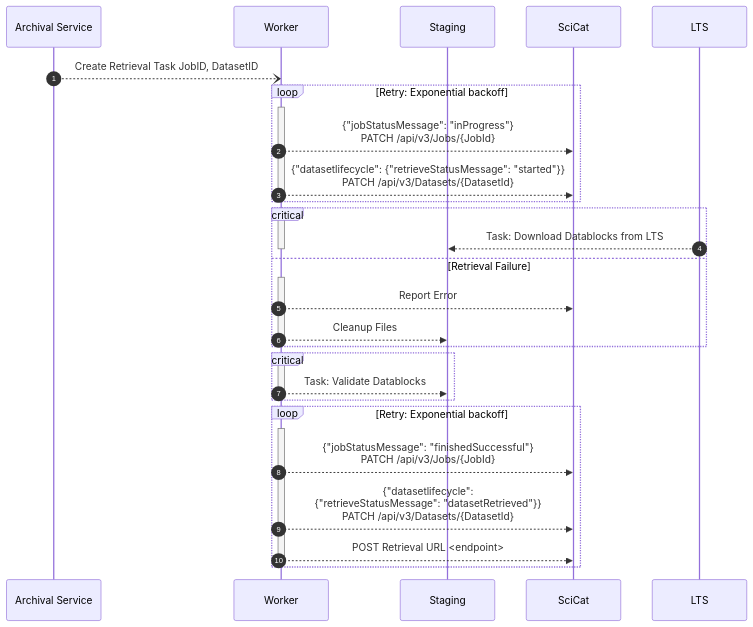
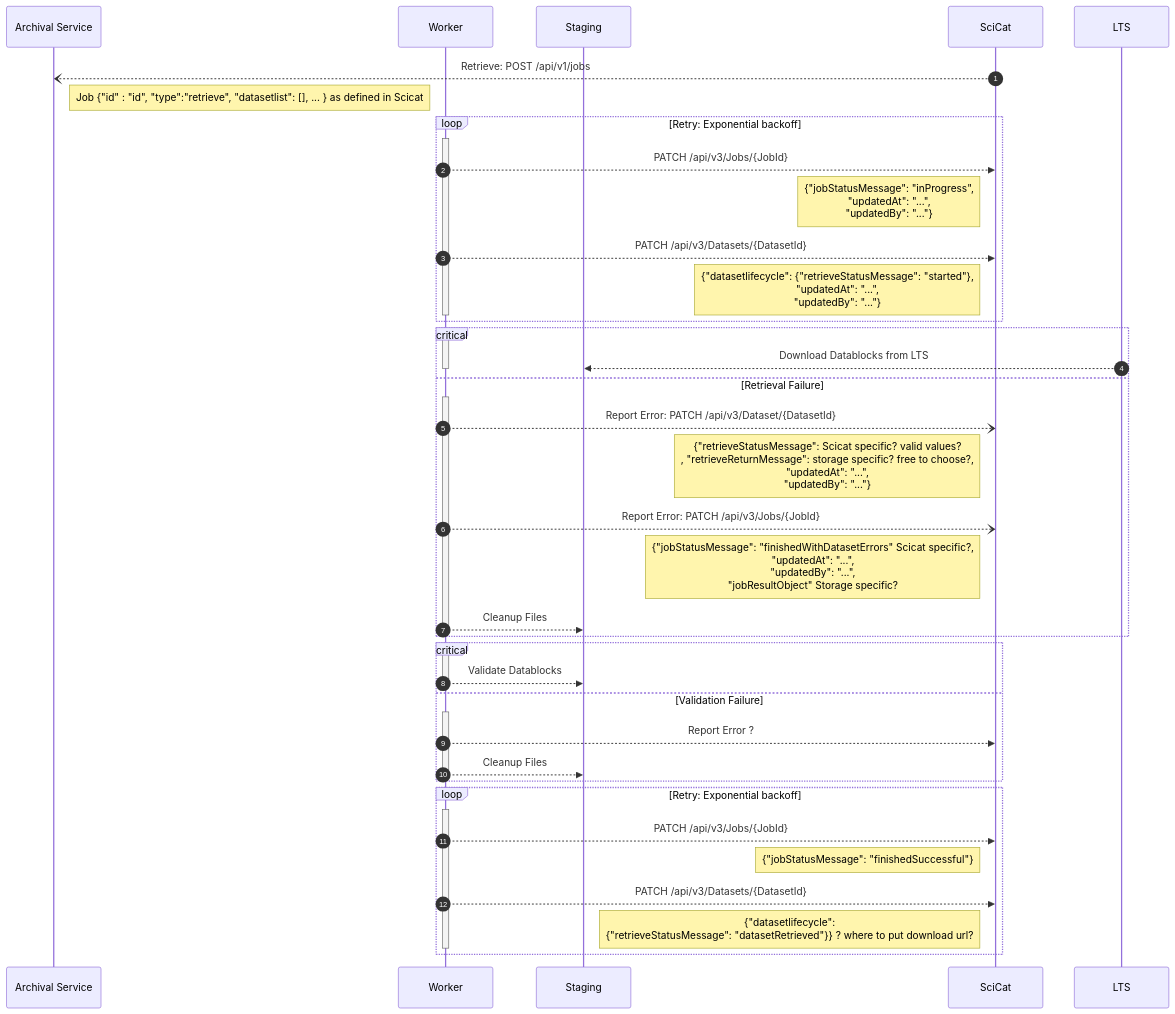
One commit to SwissOpenEM/ScopeMArchiver changed the second of 2 diagrams in backend/archiver/readMe.md. Above: the diagram before and after it, drawn with Mermaid. The commit also changed other lines of this file, not shown here.

````diff
--- a/backend/archiver/readMe.md
+++ b/backend/archiver/readMe.md
@@ -130,40 +101,53 @@
 ```mermaid
 sequenceDiagram
   autonumber
   participant AS as Archival Service
   participant J as Worker
   participant R as Staging
   participant S as SciCat
   participant LTS as LTS
 
-  AS --) J: Create Retrieval Task JobID, DatasetID
+  S --) AS: Retrieve: POST /api/v1/jobs
+  Note right of AS: Job {"id" : "id", "type":"retrieve", "datasetlist": [], ... } as defined in Scicat
+  
   loop Retry: Exponential backoff
     activate J
-      J -->> S: {"jobStatusMessage": "inProgress"}   <br> PATCH /api/v3/Jobs/{JobId}
-      J -->> S: {"datasetlifecycle": {"retrieveStatusMessage": "started"}}   <br> PATCH /api/v3/Datasets/{DatasetId}
+      J -->> S: PATCH /api/v3/Jobs/{JobId}
+      Note left of S: {"jobStatusMessage": "inProgress",<br> "updatedAt": "...", <br> "updatedBy": "..."}  
+      J -->> S: PATCH /api/v3/Datasets/{DatasetId}
+      Note left of S: {"datasetlifecycle": {"retrieveStatusMessage": "started"},<br> "updatedAt": "...", <br> "updatedBy": "..."}  
     deactivate J
   end
   critical
     activate J
-    LTS -->> R: Task: Download Datablocks from LTS
+      LTS -->> R: Download Datablocks from LTS
     deactivate J
   option Retrieval Failure
     activate J
-    J -->> S: Report Error
-    J -->> R: Cleanup Files
+      J --) S: Report Error: PATCH /api/v3/Dataset/{DatasetId}
+          Note left of S: {"retrieveStatusMessage": Scicat specific? valid values?<br>, "retrieveReturnMessage": storage specific? free to choose?, <br> "updatedAt": "...", <br> "updatedBy": "..."}
+      J --) S: Report Error: PATCH /api/v3/Jobs/{JobId}
+         Note left of S: {"jobStatusMessage": "finishedWithDatasetErrors" Scicat specific?,<br>  "updatedAt": "...",<br>  "updatedBy": "...", <br> "jobResultObject" Storage specific?
+      J -->> R: Cleanup Files
     deactivate J
   end
   critical
     activate J
-    J -->> R: Task: Validate Datablocks
+    J -->> R: Validate Datablocks
+    deactivate J
+  option Validation Failure
+    activate J
+      J -->> S: Report Error ?
+      J -->> R: Cleanup Files
     deactivate J
   end
   loop Retry: Exponential backoff
     activate J
-    J -->> S: {"jobStatusMessage": "finishedSuccessful"}   <br> PATCH /api/v3/Jobs/{JobId}
-    J -->> S: {"datasetlifecycle":<br> {"retrieveStatusMessage": "datasetRetrieved"}}<br> PATCH /api/v3/Datasets/{DatasetId}
-    J -->> S: POST Retrieval URL <endpoint>
+      J -->> S: PATCH /api/v3/Jobs/{JobId}
+      Note left of S: {"jobStatusMessage": "finishedSuccessful"} 
+      J -->> S: PATCH /api/v3/Datasets/{DatasetId}
+      Note left of S: {"datasetlifecycle":<br> {"retrieveStatusMessage": "datasetRetrieved"}} ? where to put download url? 
     deactivate J
   end 
 
 ```
````
